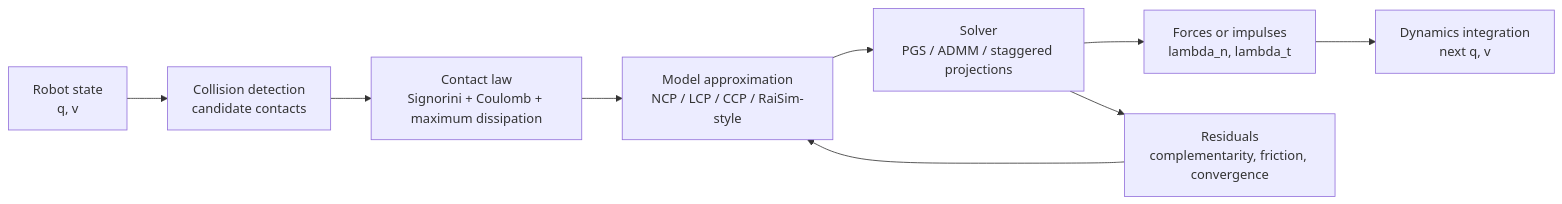
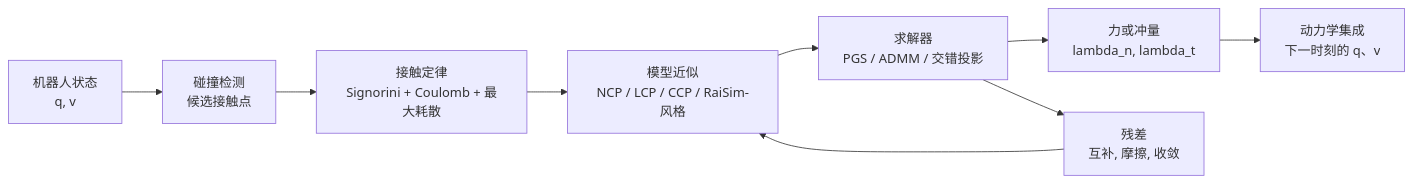
The diagram in wiki/concepts/ContactModelsInRobotics.md (niuverse/llm-wiki), drawn with Mermaid before and after one commit. The commit also changed other lines of this file and 123 other files, not shown here.

````diff
--- a/wiki/concepts/ContactModelsInRobotics.md
+++ b/wiki/concepts/ContactModelsInRobotics.md
@@ -27,11 +27,11 @@
 ```mermaid
 flowchart LR
-  A["Robot state<br/>q, v"] --> B["Collision detection<br/>candidate contacts"]
-  B --> C["Contact law<br/>Signorini + Coulomb + maximum dissipation"]
-  C --> D["Model approximation<br/>NCP / LCP / CCP / RaiSim-style"]
-  D --> E["Solver<br/>PGS / ADMM / staggered projections"]
-  E --> F["Forces or impulses<br/>lambda_n, lambda_t"]
-  F --> G["Dynamics integration<br/>next q, v"]
-  E --> H["Residuals<br/>complementarity, friction, convergence"]
+  A["机器人状态<br/>q, v"] --> B["碰撞检测<br/>候选接触点"]
+  B --> C["接触定律<br/>Signorini + Coulomb + 最大耗散"]
+  C --> D["模型近似<br/>NCP / LCP / CCP / RaiSim-风格"]
+  D --> E["求解器<br/>PGS / ADMM / 交错投影"]
+  E --> F["力或冲量<br/>lambda_n, lambda_t"]
+  F --> G["动力学集成<br/>下一时刻的 q、v"]
+  E --> H["残差<br/>互补, 摩擦, 收敛"]
   H --> D
 ```
````
